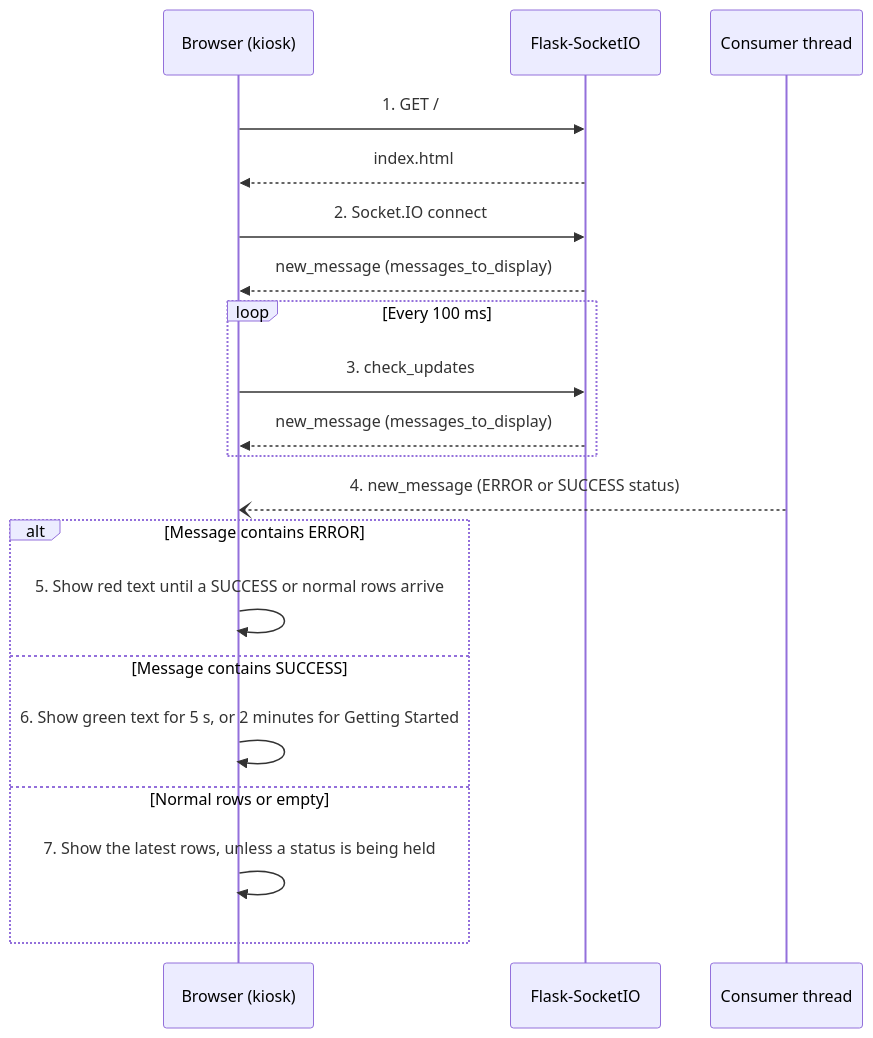
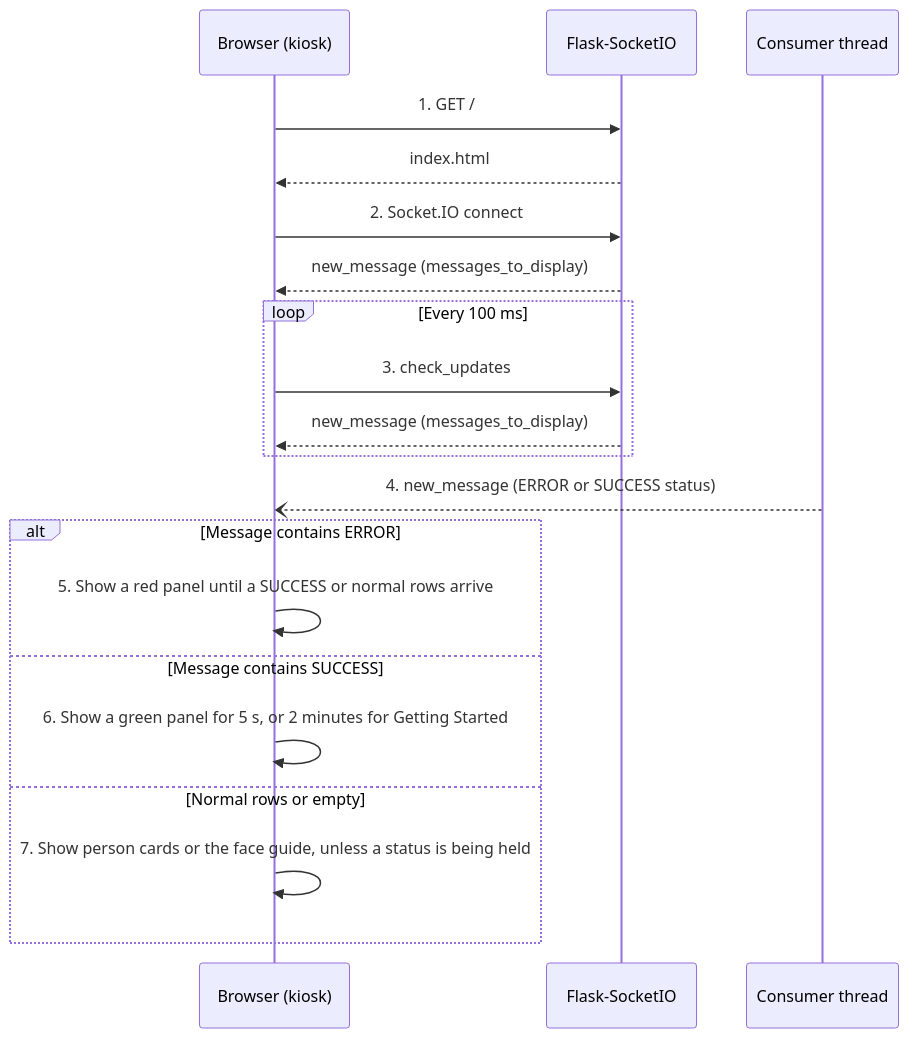
The third of 4 diagrams in docs/FLOW.md (hamza-aziz-ai/Kafka-WebApp), drawn with Mermaid before and after one commit. The commit also changed other lines of this file and 24 other files, not shown here.

First line of the commit message:
feat: show every camera with a status strip, Kafka login, host health checks and the new design (#10)

````diff
--- a/docs/FLOW.md
+++ b/docs/FLOW.md
@@ -126,23 +128,23 @@
 ```mermaid
 sequenceDiagram
     participant B as Browser (kiosk)
     participant S as Flask-SocketIO
     participant T as Consumer thread
 
     B->>S: 1. GET /
     S-->>B: index.html
     B->>S: 2. Socket.IO connect
     S-->>B: new_message (messages_to_display)
     loop Every 100 ms
         B->>S: 3. check_updates
         S-->>B: new_message (messages_to_display)
     end
     T--)B: 4. new_message (ERROR or SUCCESS status)
     alt Message contains ERROR
-        B->>B: 5. Show red text until a SUCCESS or normal rows arrive
+        B->>B: 5. Show a red panel until a SUCCESS or normal rows arrive
     else Message contains SUCCESS
-        B->>B: 6. Show green text for 5 s, or 2 minutes for Getting Started
+        B->>B: 6. Show a green panel for 5 s, or 2 minutes for Getting Started
     else Normal rows or empty
-        B->>B: 7. Show the latest rows, unless a status is being held
+        B->>B: 7. Show person cards or the face guide, unless a status is being held
     end
 ```
````
